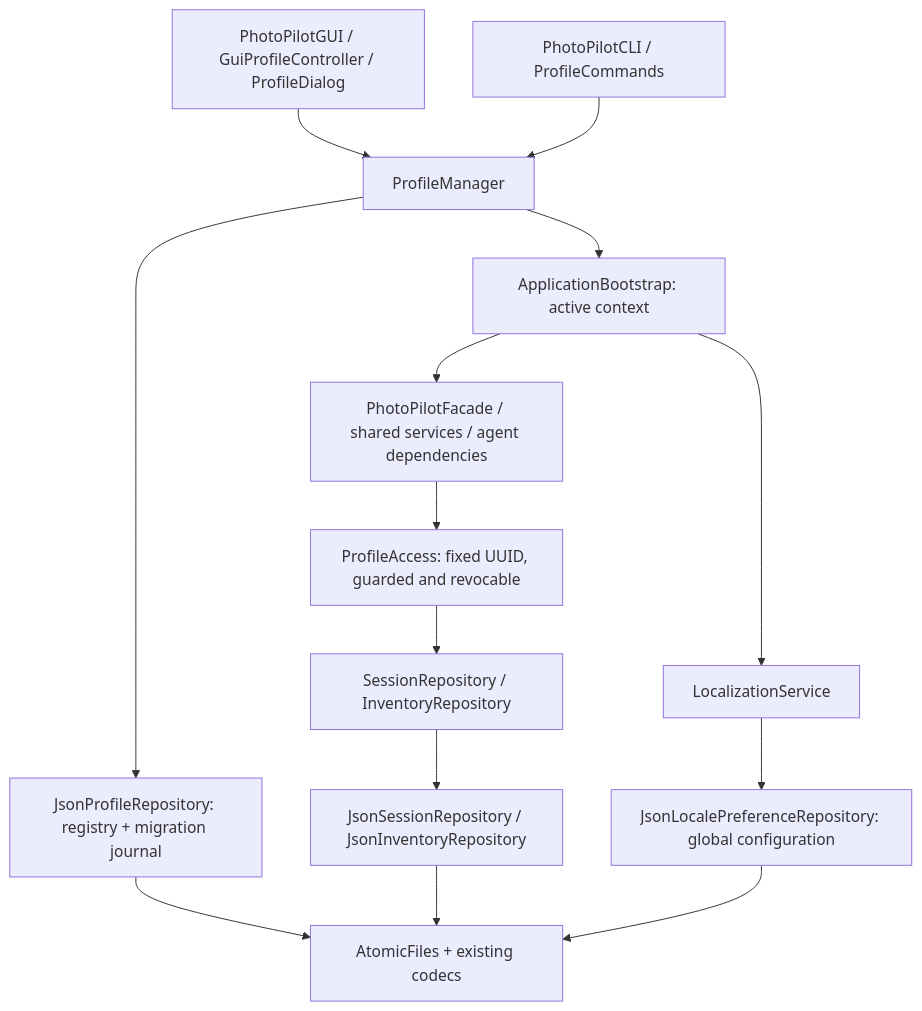
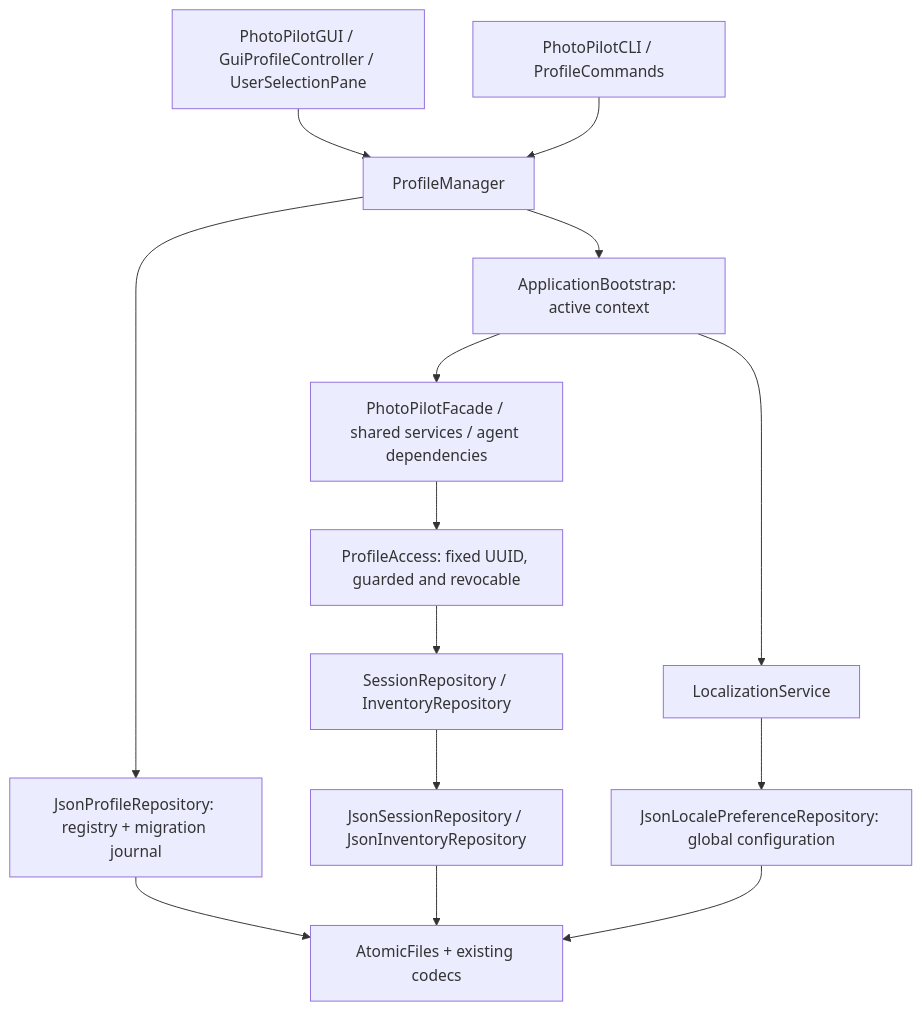
Before and after one commit to zboToronto/PhotoPilot: the diagram in Stage2/docs/data-storage.md, drawn with Mermaid. The commit also changed other lines of this file and 29 other files, not shown here.

Commit message:
feat: add user-centered startup flow and home dashboard UI

````diff
--- a/Stage2/docs/data-storage.md
+++ b/Stage2/docs/data-storage.md
@@ -31,16 +40,16 @@
 ```mermaid
 flowchart TD
-    GUI[PhotoPilotGUI / GuiProfileController / ProfileDialog] --> PM[ProfileManager]
+    GUI[PhotoPilotGUI / GuiProfileController / UserSelectionPane] --> PM[ProfileManager]
     CLI[PhotoPilotCLI / ProfileCommands] --> PM
     PM --> REG[JsonProfileRepository: registry + migration journal]
     PM --> BOOT[ApplicationBootstrap: active context]
     BOOT --> F[PhotoPilotFacade / shared services / agent dependencies]
     F --> ACCESS[ProfileAccess: fixed UUID, guarded and revocable]
     ACCESS --> PORTS[SessionRepository / InventoryRepository]
     PORTS --> JSON[JsonSessionRepository / JsonInventoryRepository]
     JSON --> IO[AtomicFiles + existing codecs]
     REG --> IO
     BOOT --> LANG[LocalizationService]
     LANG --> PREF[JsonLocalePreferenceRepository: global configuration]
     PREF --> IO
 ```
````
